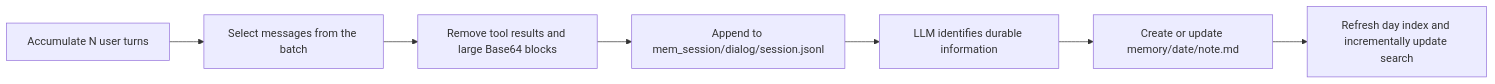
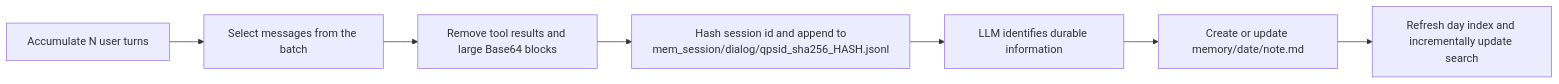
Before and after one commit to agentscope-ai/QwenPaw: the second of 5 diagrams in website/public/docs/memory.en.md, drawn with Mermaid. The commit also changed other lines of this file and 7 other files, not shown here.

````diff
--- a/website/public/docs/memory.en.md
+++ b/website/public/docs/memory.en.md
@@ -116,9 +116,9 @@
 ```mermaid
 flowchart LR
     A[Accumulate N user turns] --> B[Select messages from the batch]
     B --> C[Remove tool results and large Base64 blocks]
-    C --> D[Append to mem_session/dialog/session.jsonl]
+    C --> D[Hash session id and append to<br/>mem_session/dialog/qpsid_sha256_HASH.jsonl]
     D --> E[LLM identifies durable information]
     E --> F[Create or update memory/date/note.md]
     F --> G[Refresh day index and incrementally update search]
 ```
````
